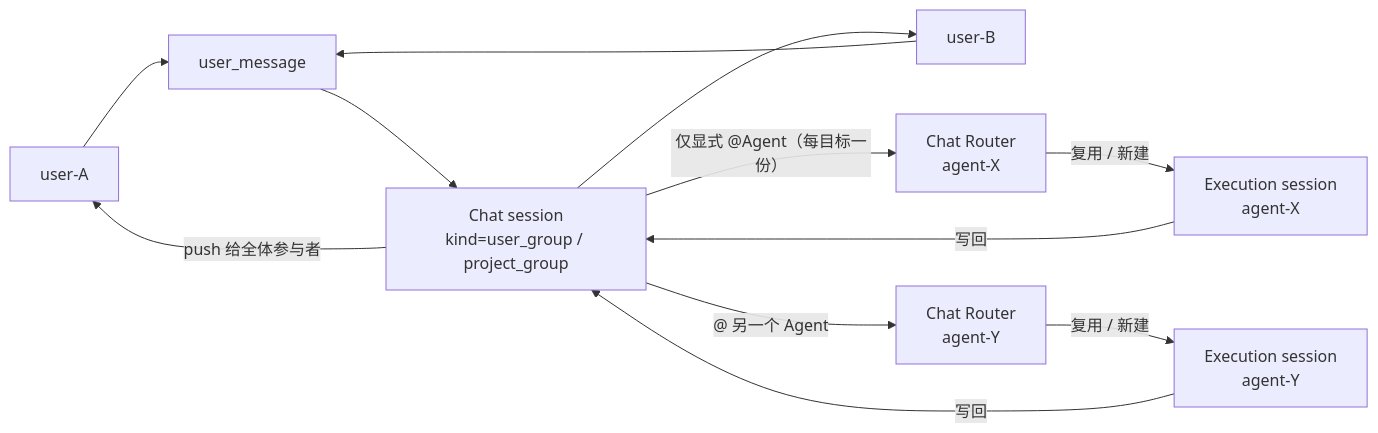
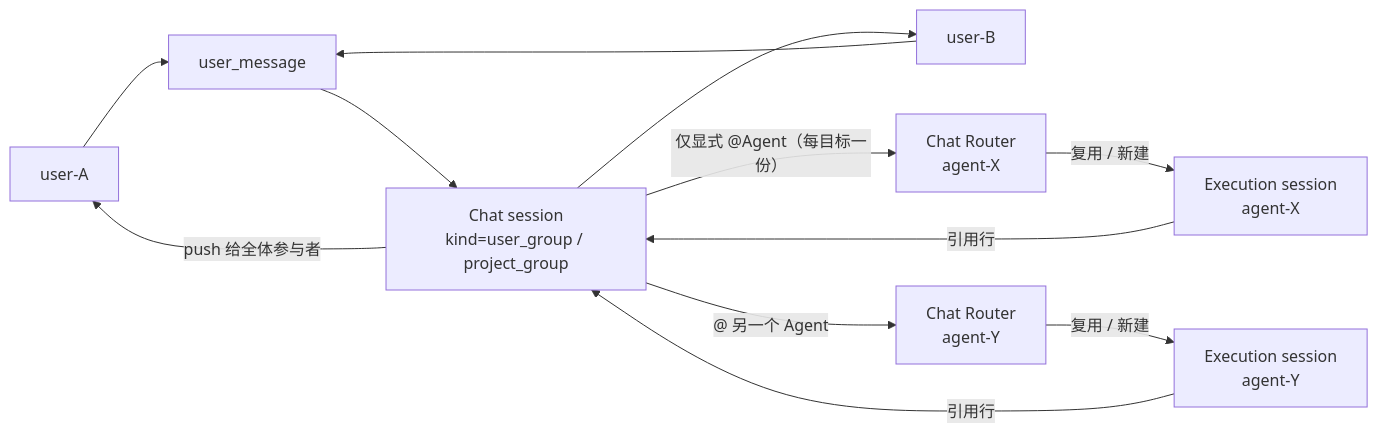
The second of 10 diagrams in docs/design/zh/27-intent-messaging-and-group-chat.md (acowork/acowork), drawn with Mermaid before and after one commit. The commit also changed other lines of this file and 3 other files, not shown here.

````diff
--- a/docs/design/zh/27-intent-messaging-and-group-chat.md
+++ b/docs/design/zh/27-intent-messaging-and-group-chat.md
@@ -62,14 +64,14 @@
 ```mermaid
 graph LR
     U1["user-A"] --> MSG["user_message"]
     U2["user-B"] --> MSG
     MSG --> GC["Chat session<br/>kind=user_group / project_group"]
     GC -->|"仅显式 @Agent（每目标一份）"| R1["Chat Router<br/>agent-X"]
     GC -->|"@ 另一个 Agent"| R2["Chat Router<br/>agent-Y"]
     R1 -->|"复用 / 新建"| ES1["Execution session<br/>agent-X"]
     R2 -->|"复用 / 新建"| ES2["Execution session<br/>agent-Y"]
-    ES1 -->|"写回"| GC
-    ES2 -->|"写回"| GC
+    ES1 -->|"引用行"| GC
+    ES2 -->|"引用行"| GC
     GC -->|"push 给全体参与者"| U1
     GC --> U2
 ```
````
